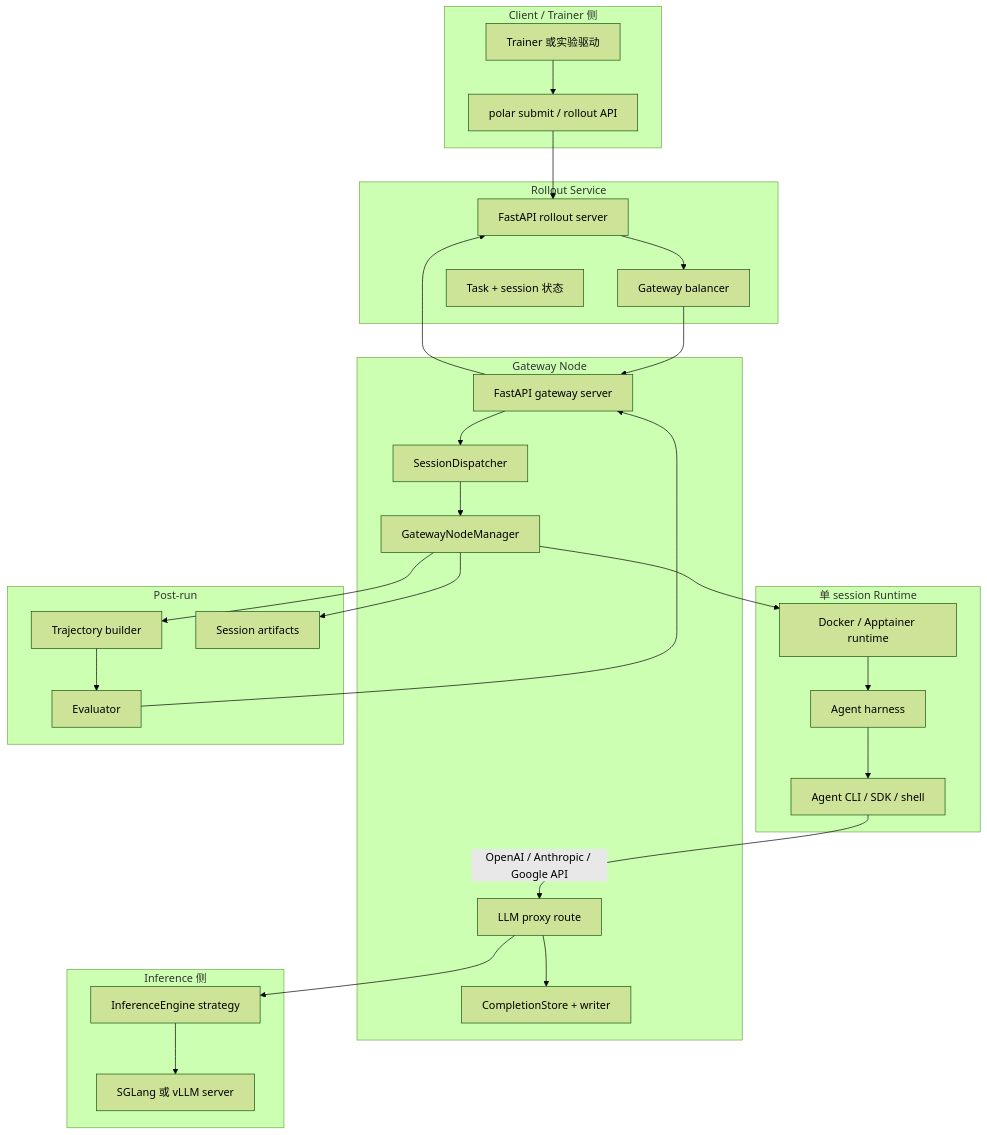
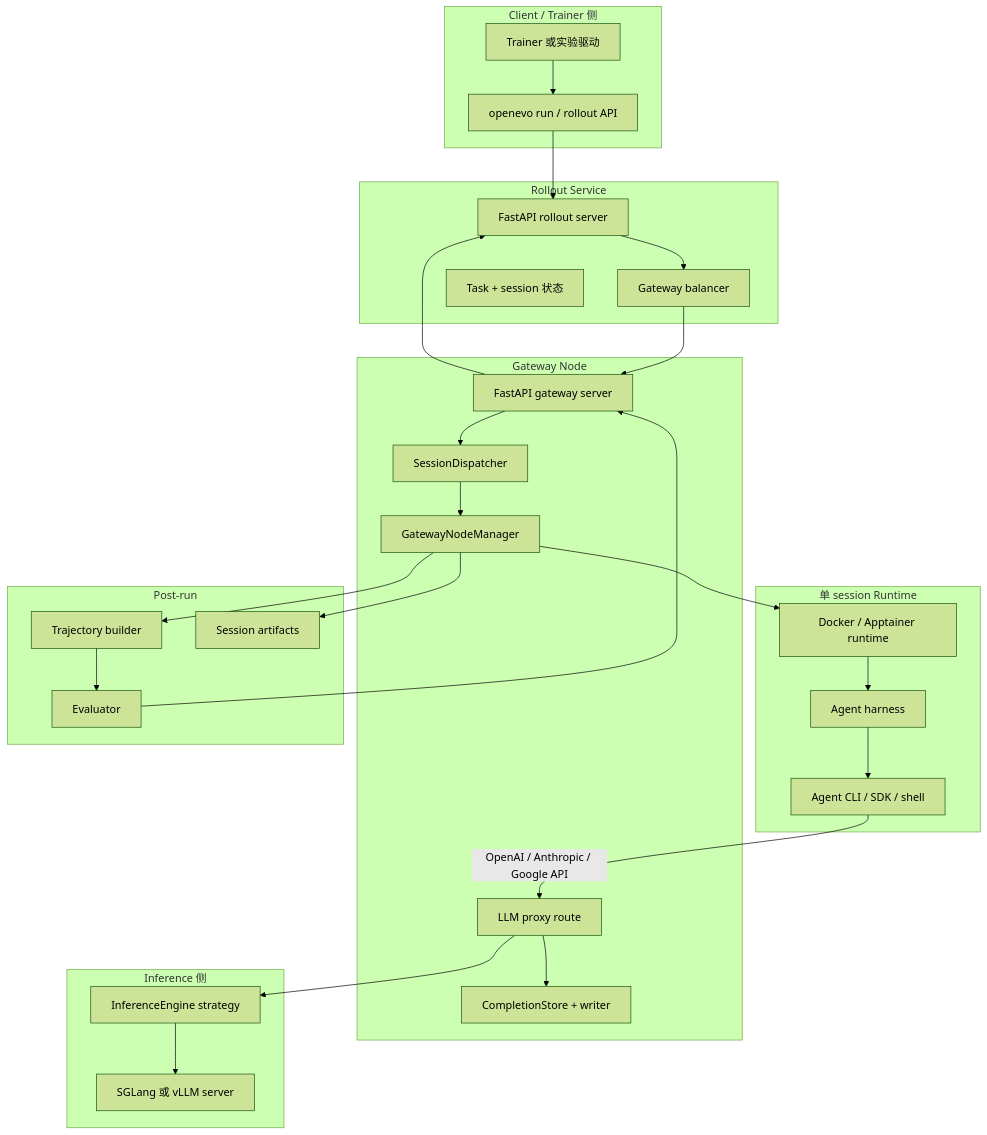
One commit to KDBRonaldo/OpenEvo changed the first of 3 diagrams in docs/architecture/polar-system-overview.md. Above: the diagram before and after it, drawn with Mermaid (forest theme). The commit also changed other lines of this file and 75 other files, not shown here.

````diff
--- a/docs/architecture/polar-system-overview.md
+++ b/docs/architecture/polar-system-overview.md
@@ -13,50 +18,50 @@
 ```mermaid
 flowchart TB
     subgraph ClientSide["Client / Trainer 侧"]
         Trainer[Trainer 或实验驱动]
-        Submit[polar submit / rollout API]
+        Submit[openevo run / rollout API]
     end
 
     subgraph RolloutService["Rollout Service"]
         RolloutAPI[FastAPI rollout server]
         Balancer[Gateway balancer]
         TaskState[Task + session 状态]
     end
 
     subgraph GatewayNode["Gateway Node"]
         GatewayAPI[FastAPI gateway server]
         Dispatcher[SessionDispatcher]
         NodeManager[GatewayNodeManager]
         CompletionStore[CompletionStore + writer]
         Proxy[LLM proxy route]
     end
 
     subgraph RuntimeBox["单 session Runtime"]
         Runtime[Docker / Apptainer runtime]
         Harness[Agent harness]
         AgentProcess[Agent CLI / SDK / shell]
     end
 
     subgraph ModelSide["Inference 侧"]
         Engine[InferenceEngine strategy]
         ModelServer[SGLang 或 vLLM server]
     end
 
     subgraph PostRun["Post-run"]
         Builder[Trajectory builder]
         Evaluator[Evaluator]
         Artifacts[Session artifacts]
     end
 
     Trainer --> Submit --> RolloutAPI
     RolloutAPI --> Balancer --> GatewayAPI
     GatewayAPI --> Dispatcher --> NodeManager
     NodeManager --> Runtime
     Runtime --> Harness --> AgentProcess
     AgentProcess -->|OpenAI / Anthropic / Google API| Proxy
     Proxy --> Engine --> ModelServer
     Proxy --> CompletionStore
     NodeManager --> Builder --> Evaluator --> GatewayAPI
     GatewayAPI --> RolloutAPI
     NodeManager --> Artifacts
 ```
````
